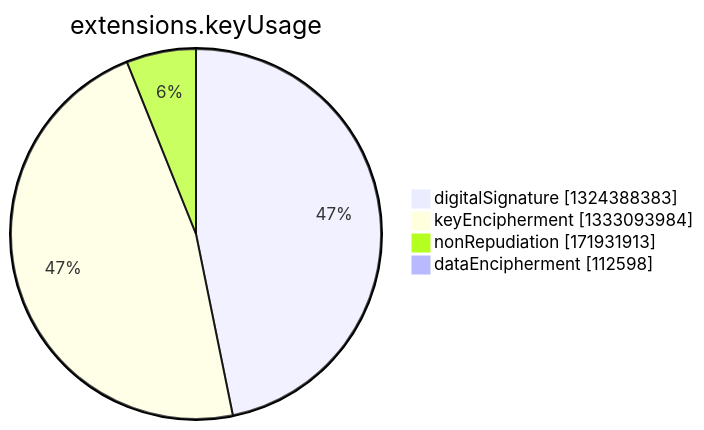
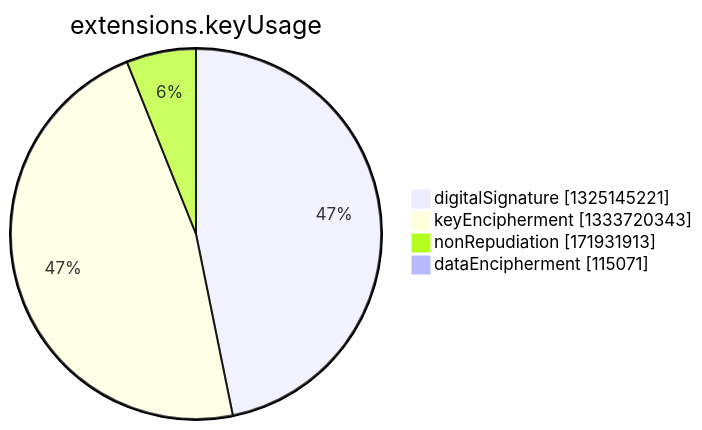
Before and after one commit to christiankrug/ctmonitor_visualization: the seventh of 15 diagrams in argon2022/README.md, drawn with Mermaid. The commit also changed other lines of this file, not shown here.

````diff
--- a/argon2022/README.md
+++ b/argon2022/README.md
@@ -2750,8 +2750,8 @@
 ```mermaid
 pie showData
 title extensions.keyUsage
-"digitalSignature" :1324388383
-"keyEncipherment" :1333093984
+"digitalSignature" :1325145221
+"keyEncipherment" :1333720343
 "nonRepudiation" :171931913
-"dataEncipherment" :112598
+"dataEncipherment" :115071
 ```
````
